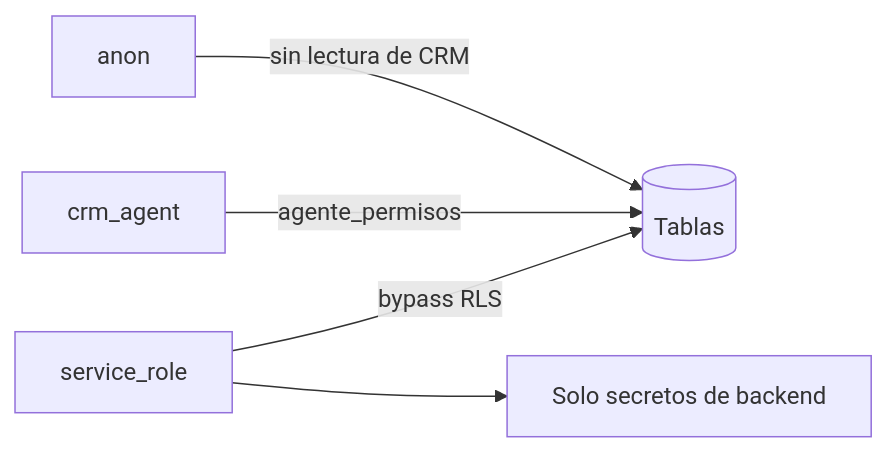
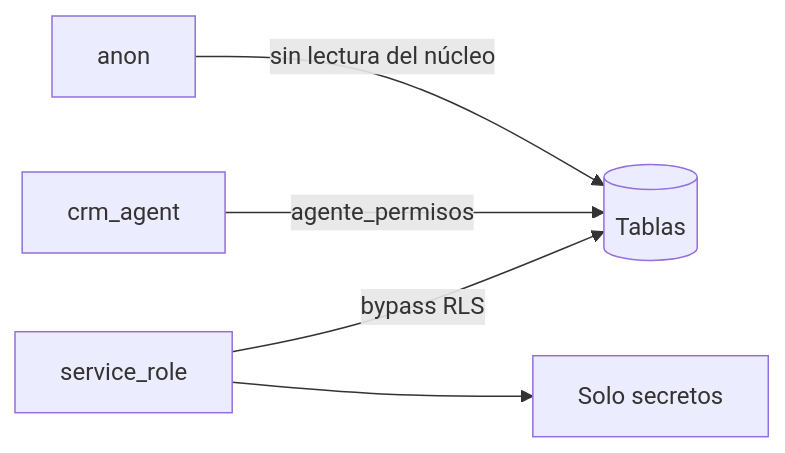
Before and after one commit to EstrategiaInmobiliaria/Tokenizer-extended: the tenth of 13 diagrams in docs/palm-lab-practica/iso/PD-SGC-MAN-001.md, drawn with Mermaid. The commit also changed other lines of this file and 4 other files, not shown here.

````diff
--- a/docs/palm-lab-practica/iso/PD-SGC-MAN-001.md
+++ b/docs/palm-lab-practica/iso/PD-SGC-MAN-001.md
@@ -484,7 +429,7 @@
 ```mermaid
 flowchart LR
-  ANON[anon] -->|sin lectura de CRM| DB[(Tablas)]
-  AGENT[crm_agent] -->|agente_permisos| DB
+  ANON[anon] -->|sin lectura del núcleo| DB[(Tablas)]
+  AG[crm_agent] -->|agente_permisos| DB
   SR[service_role] -->|bypass RLS| DB
-  SR --> SEC[Solo secretos de backend]
+  SR --> SEC[Solo secretos]
 ```
````
